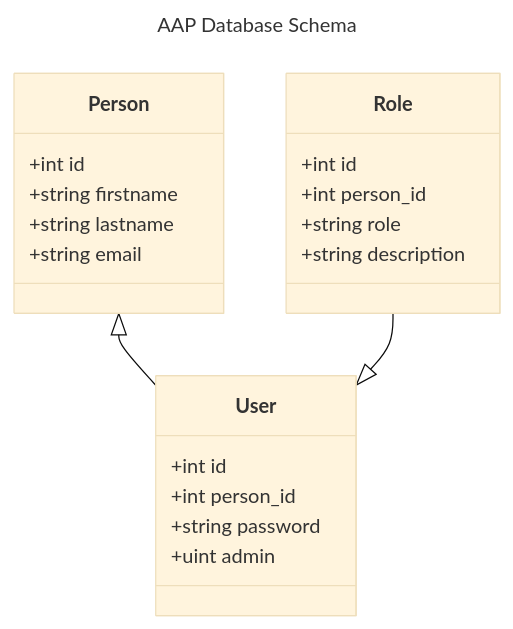
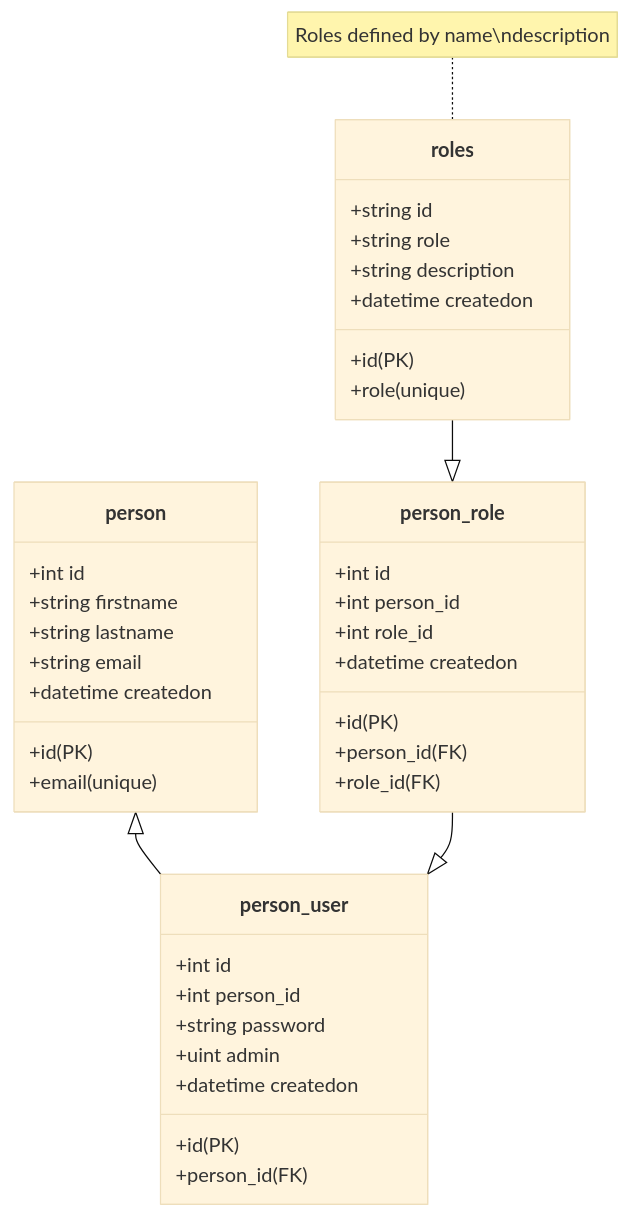
One commit to Silberman-Law/mkdocs-aap changed the diagram in docs/database.md. Above: the diagram before and after it, drawn with Mermaid (base theme). The commit also changed other lines of this file and 4 other files, not shown here.

````diff
--- a/docs/database.md
+++ b/docs/database.md
@@ -2,26 +6,42 @@
 ```mermaid
----
-title: AAP Database Schema
----
 classDiagram
-    Person <|-- User
-    Role --|> User
-    class Person {
+    person <|-- person_user
+    person_role --|> person_user
+    roles --|> person_role
+    note for roles "Roles defined by name\ndescription"
+    class person {
         +int id
         +string firstname
         +string lastname
         +string email
+        +datetime createdon
+        +id(PK)
+        +email(unique)
     }
-    class Role {
+    class person_role {
         +int id
         +int person_id
-        +string role
-        +string description
+        +int role_id
+        +datetime createdon
+        +id(PK)
+        +person_id(FK)
+        +role_id(FK)
     }
-    class User {
+    class person_user {
         +int id
         +int person_id
         +string password
         +uint admin
+        +datetime createdon
+        +id(PK)
+        +person_id(FK)
+    }
+    class roles {
+        +string id
+        +string role
+        +string description
+        +datetime createdon
+        +id(PK)
+        +role(unique)
     }
 ```
````
